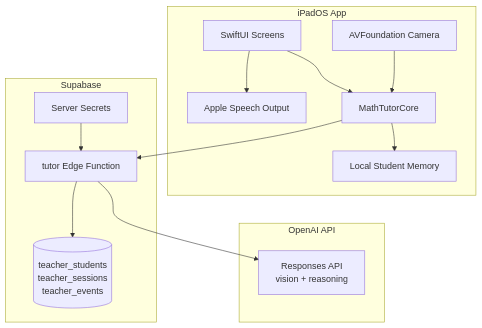
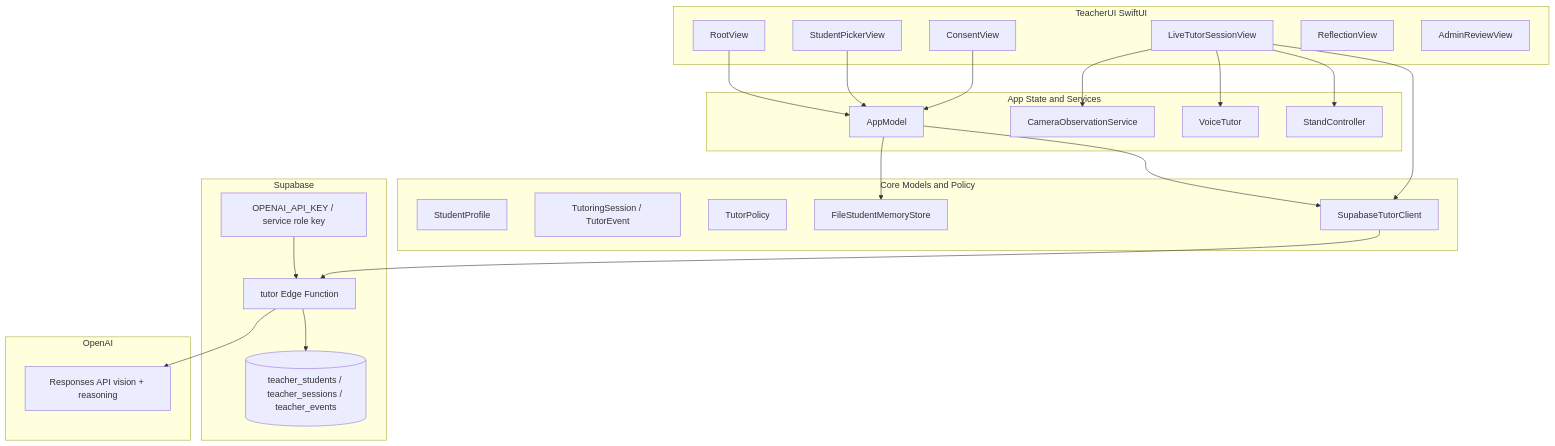
Before and after one commit to vmanukyann/MathTutor: the third of 8 diagrams in README.md, drawn with Mermaid. The commit also changed other lines of this file and 31 other files, not shown here.

````diff
--- a/README.md
+++ b/README.md
@@ -50,29 +455,50 @@
 ```mermaid
 flowchart TB
-    subgraph IPAD["iPadOS App"]
-        UI["SwiftUI Screens"]
-        CAM["AVFoundation Camera"]
-        SPEECH["Apple Speech Output"]
-        MEMORY["Local Student Memory"]
-        CORE["MathTutorCore"]
+    subgraph UI["TeacherUI SwiftUI"]
+        Root["RootView"]
+        Picker["StudentPickerView"]
+        Consent["ConsentView"]
+        Live["LiveTutorSessionView"]
+        Reflection["ReflectionView"]
+        Admin["AdminReviewView"]
     end
 
-    subgraph SUPA["Supabase"]
-        EDGE["tutor Edge Function"]
-        DB[("teacher_students\nteacher_sessions\nteacher_events")]
-        SECRETS["Server Secrets"]
+    subgraph State["App State and Services"]
+        AppModel["AppModel"]
+        Camera["CameraObservationService"]
+        Voice["VoiceTutor"]
+        Stand["StandController"]
     end
 
-    subgraph OPENAI["OpenAI API"]
-        RESP["Responses API\nvision + reasoning"]
+    subgraph Core["Core Models and Policy"]
+        Student["StudentProfile"]
+        Session["TutoringSession / TutorEvent"]
+        Policy["TutorPolicy"]
+        Store["FileStudentMemoryStore"]
+        Client["SupabaseTutorClient"]
     end
 
-    UI --> CORE
-    CAM --> CORE
-    CORE --> EDGE
-    EDGE --> RESP
-    EDGE --> DB
-    SECRETS --> EDGE
-    CORE --> MEMORY
-    UI --> SPEECH
+    subgraph Backend["Supabase"]
+        Edge["tutor Edge Function"]
+        DB[("teacher_students / teacher_sessions / teacher_events")]
+        Secrets["OPENAI_API_KEY / service role key"]
+    end
+
+    subgraph AI["OpenAI"]
+        Responses["Responses API vision + reasoning"]
+    end
+
+    Root --> AppModel
+    Picker --> AppModel
+    Consent --> AppModel
+    Live --> Camera
+    Live --> Voice
+    Live --> Stand
+    Live --> Client
+    AppModel --> Store
+    AppModel --> Client
+    Client --> Edge
+    Edge --> Responses
+    Edge --> DB
+    Secrets --> Edge
 ```
````
